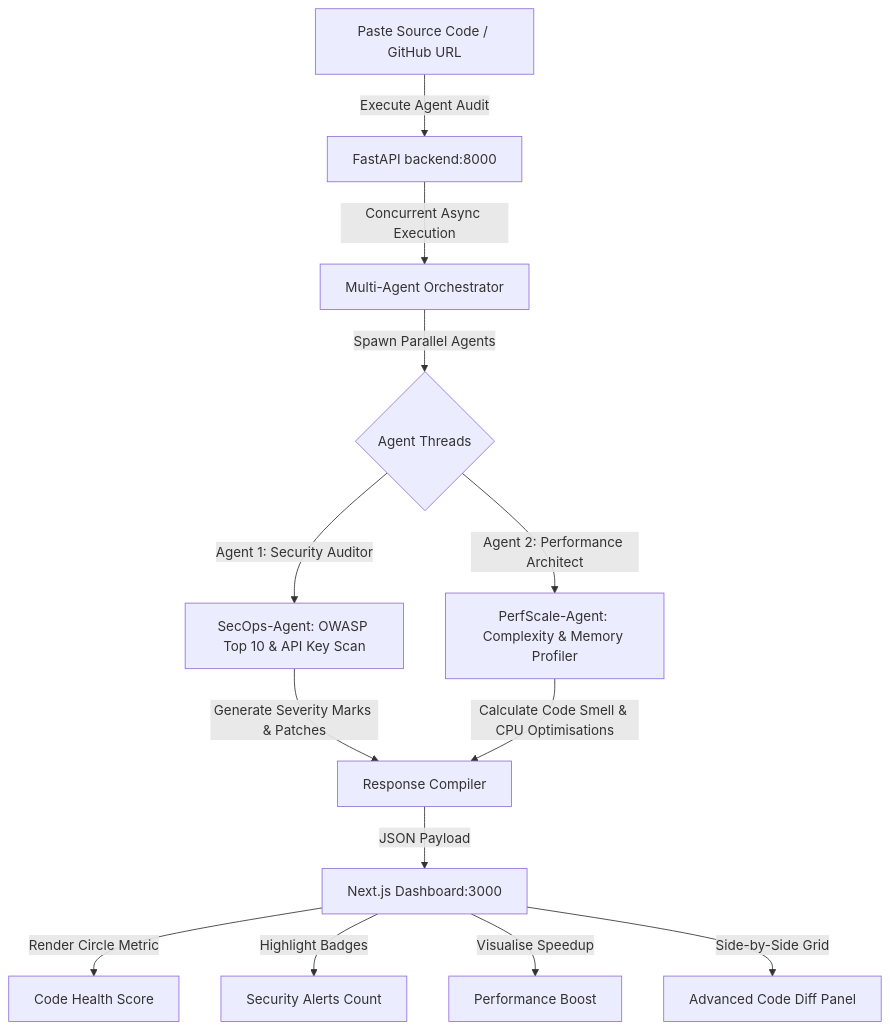
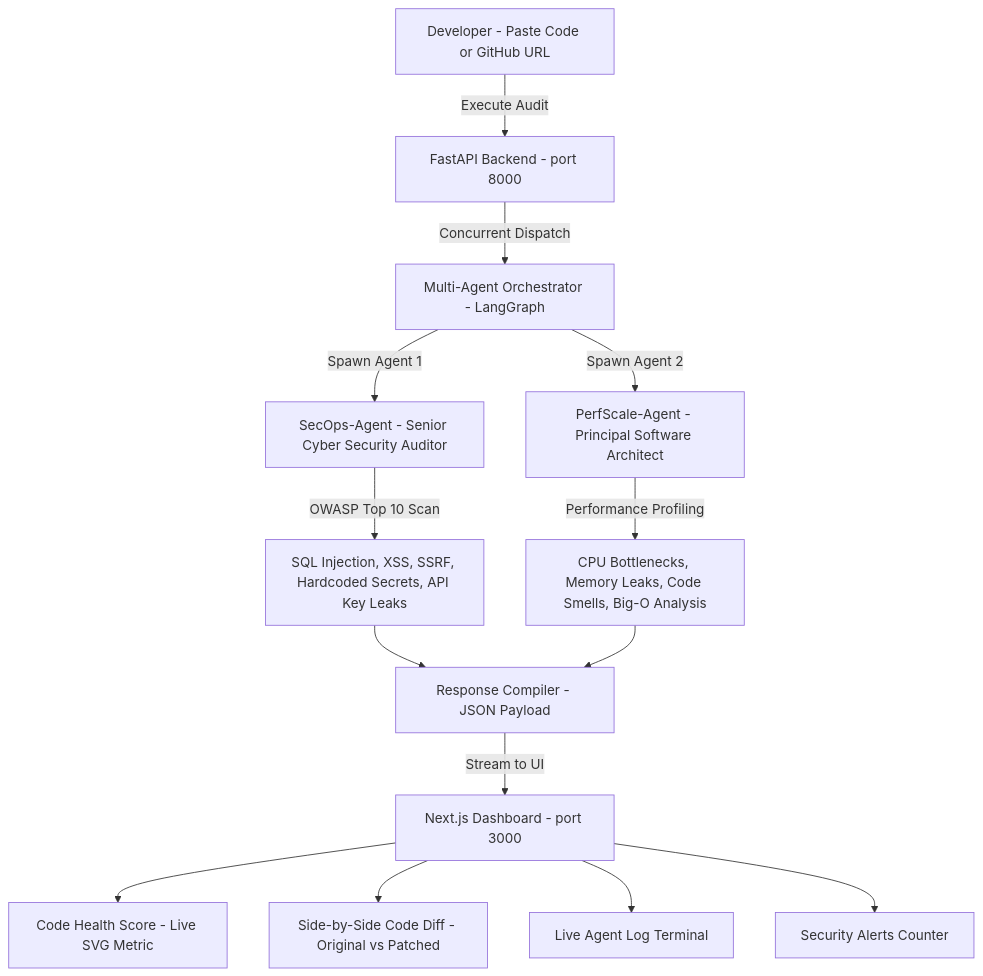
One commit to sudonishant/devpulse-ai changed the diagram in README.md. Above: the diagram before and after it, drawn with Mermaid. The commit also changed other lines of this file, not shown here.

Commit message:
docs: comprehensive README with dual-agent architecture, features, and complete setup guide

````diff
--- a/README.md
+++ b/README.md
@@ -11,15 +24,22 @@
 ```mermaid
 graph TD
-    User[Paste Source Code / GitHub URL] -->|Execute Agent Audit| API[FastAPI backend:8000]
-    API -->|Concurrent Async Execution| Core[Multi-Agent Orchestrator]
-    Core -->|Spawn Parallel Agents| Agents{Agent Threads}
-    Agents -->|Agent 1: Security Auditor| SecOps[SecOps-Agent: OWASP Top 10 & API Key Scan]
-    Agents -->|Agent 2: Performance Architect| PerfScale[PerfScale-Agent: Complexity & Memory Profiler]
-    SecOps -->|Generate Severity Marks & Patches| Combiner[Response Compiler]
-    PerfScale -->|Calculate Code Smell & CPU Optimisations| Combiner
-    Combiner -->|JSON Payload| UI[Next.js Dashboard:3000]
-    UI -->|Render Circle Metric| Health[Code Health Score]
-    UI -->|Highlight Badges| Alerts[Security Alerts Count]
-    UI -->|Visualise Speedup| Boost[Performance Boost]
-    UI -->|Side-by-Side Grid| Diff[Advanced Code Diff Panel]
+    User["Developer - Paste Code or GitHub URL"] -->|Execute Audit| API["FastAPI Backend - port 8000"]
+
+    API -->|Concurrent Dispatch| Orchestrator["Multi-Agent Orchestrator - LangGraph"]
+
+    Orchestrator -->|Spawn Agent 1| SecOps["SecOps-Agent - Senior Cyber Security Auditor"]
+    Orchestrator -->|Spawn Agent 2| PerfScale["PerfScale-Agent - Principal Software Architect"]
+
+    SecOps -->|OWASP Top 10 Scan| SecResults["SQL Injection, XSS, SSRF, Hardcoded Secrets, API Key Leaks"]
+    PerfScale -->|Performance Profiling| PerfResults["CPU Bottlenecks, Memory Leaks, Code Smells, Big-O Analysis"]
+
+    SecResults --> Compiler["Response Compiler - JSON Payload"]
+    PerfResults --> Compiler
+
+    Compiler -->|Stream to UI| Dashboard["Next.js Dashboard - port 3000"]
+
+    Dashboard --> HealthScore["Code Health Score - Live SVG Metric"]
+    Dashboard --> Diff["Side-by-Side Code Diff - Original vs Patched"]
+    Dashboard --> Terminal["Live Agent Log Terminal"]
+    Dashboard --> Alerts["Security Alerts Counter"]
 ```
````
